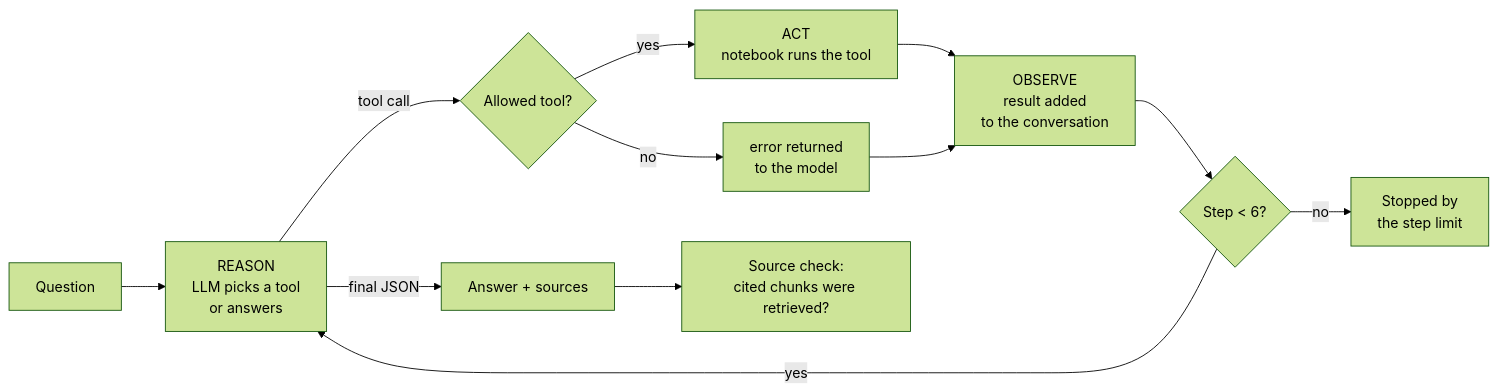
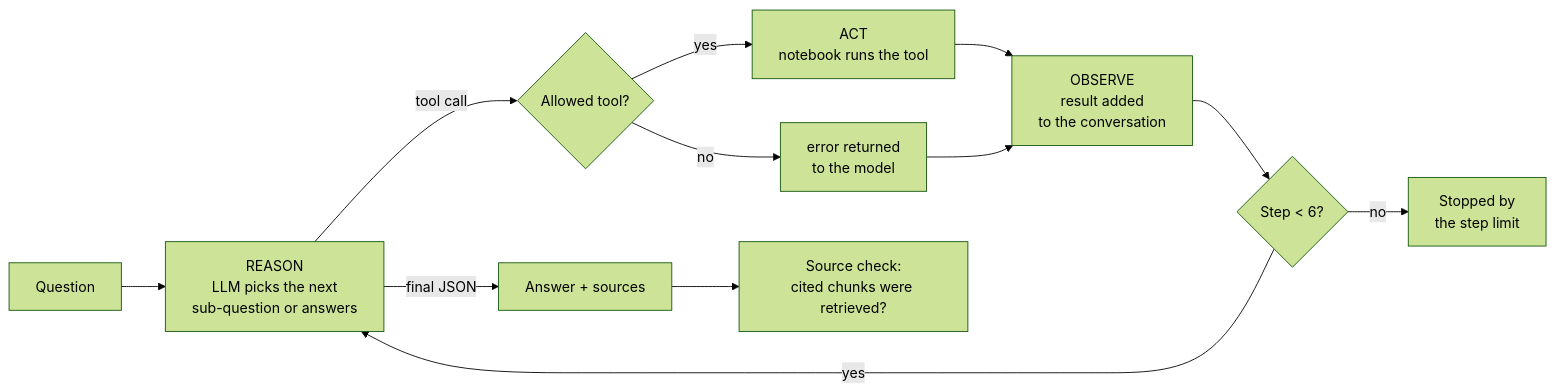
One commit to nxull9/semantic-search-rag-pipeline changed the third of 3 diagrams in final-project-rag-agent/README.md. Above: the diagram before and after it, drawn with Mermaid (forest theme). The commit also changed other lines of this file, not shown here.

Commit message:
docs: explain how the agent splits a question into sub-questions

````diff
--- a/final-project-rag-agent/README.md
+++ b/final-project-rag-agent/README.md
@@ -85,14 +133,14 @@
 ```mermaid
 flowchart LR
-    Q["Question"] --> R["REASON<br/>LLM picks a tool<br/>or answers"]
+    Q["Question"] --> R["REASON<br/>LLM picks the next<br/>sub-question or answers"]
     R -- "tool call" --> G{"Allowed tool?"}
     G -- "yes" --> A["ACT<br/>notebook runs the tool"]
     G -- "no" --> X["error returned<br/>to the model"]
     A --> O["OBSERVE<br/>result added<br/>to the conversation"]
     X --> O
     O --> L{"Step < 6?"}
     L -- "yes" --> R
     L -- "no" --> STOP["Stopped by<br/>the step limit"]
     R -- "final JSON" --> F["Answer + sources"]
     F --> C["Source check:<br/>cited chunks were retrieved?"]
 ```
````
